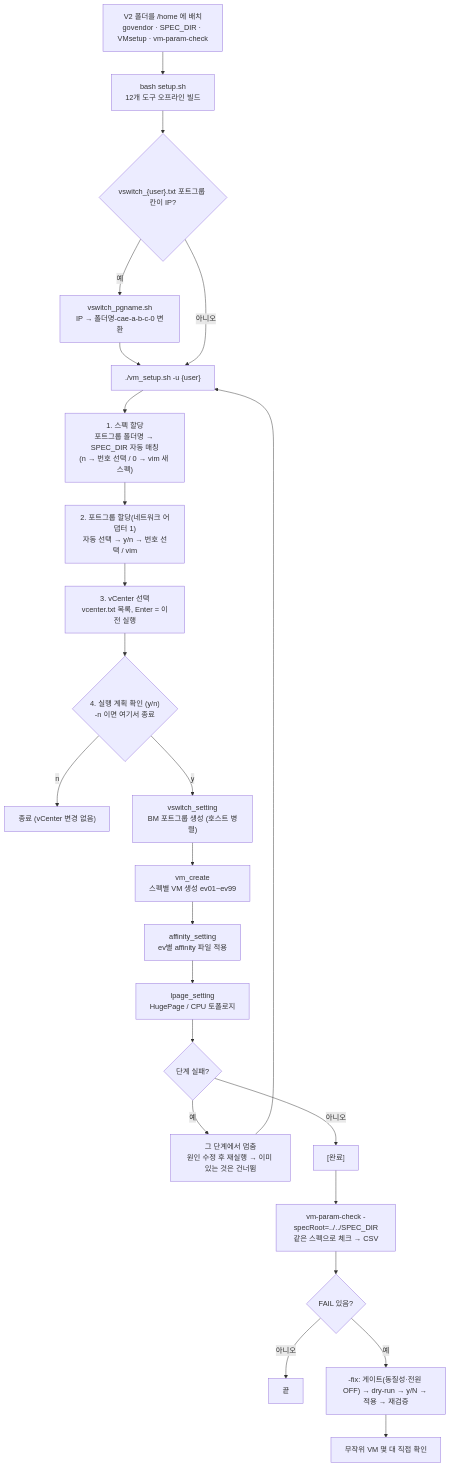
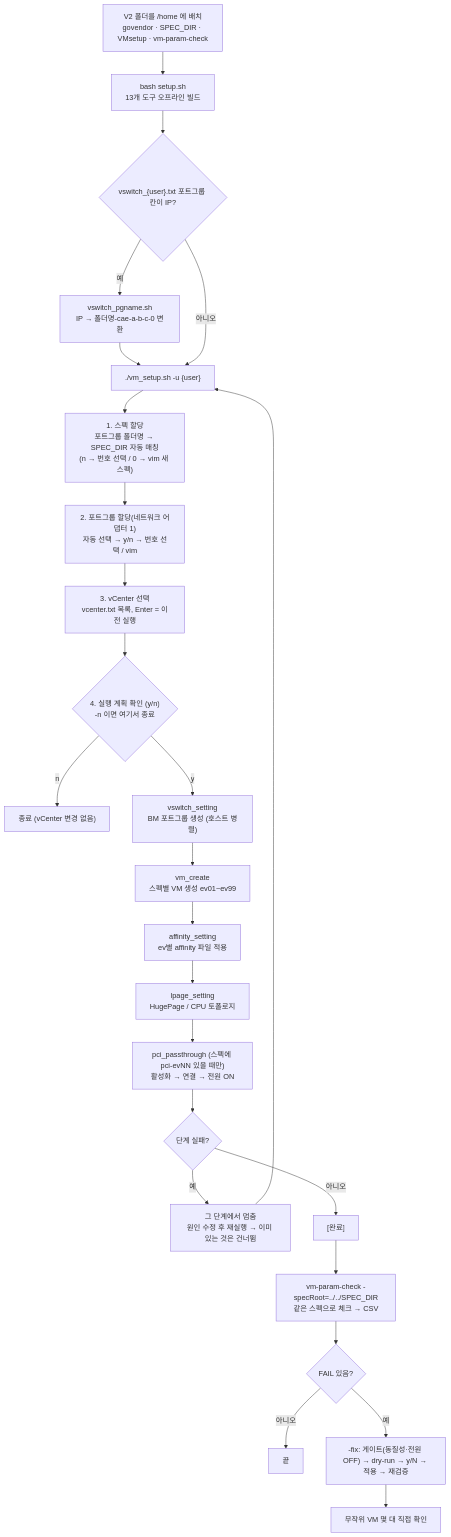
One commit to qazx2675/myrepo changed the diagram in .claude/VM/V2/ARCHITECTURE.md. Above: the diagram before and after it, drawn with Mermaid. The commit also changed other lines of this file and 40 other files, not shown here.

First line of the commit message:
feat(VM/V2): PCI 패스스루 통합 — 활성화·VM 연결·정상 부팅(ESXi SystemId)과 VMsetup pci-evNN 연동

````diff
--- a/.claude/VM/V2/ARCHITECTURE.md
+++ b/.claude/VM/V2/ARCHITECTURE.md
@@ -49,24 +52,25 @@
 ```mermaid
 flowchart TD
-    A["V2 폴더를 /home 에 배치<br/>govendor · SPEC_DIR · VMsetup · vm-param-check"] --> B["bash setup.sh<br/>12개 도구 오프라인 빌드"]
+    A["V2 폴더를 /home 에 배치<br/>govendor · SPEC_DIR · VMsetup · vm-param-check"] --> B["bash setup.sh<br/>13개 도구 오프라인 빌드"]
     B --> C{"vswitch_{user}.txt 포트그룹 칸이 IP?"}
     C -- 예 --> C1["vswitch_pgname.sh<br/>IP → 폴더명-cae-a-b-c-0 변환"] --> D
     C -- 아니오 --> D["./vm_setup.sh -u {user}"]
     D --> E["1. 스펙 할당<br/>포트그룹 폴더명 → SPEC_DIR 자동 매칭<br/>(n → 번호 선택 / 0 → vim 새 스펙)"]
     E --> F["2. 포트그룹 할당(네트워크 어댑터 1)<br/>자동 선택 → y/n → 번호 선택 / vim"]
     F --> G["3. vCenter 선택<br/>vcenter.txt 목록, Enter = 이전 실행"]
     G --> H{"4. 실행 계획 확인 (y/n)<br/>-n 이면 여기서 종료"}
     H -- n --> Z1["종료 (vCenter 변경 없음)"]
     H -- y --> I["vswitch_setting<br/>BM 포트그룹 생성 (호스트 병렬)"]
     I --> J["vm_create<br/>스펙별 VM 생성 ev01~ev99"]
     J --> K["affinity_setting<br/>ev별 affinity 파일 적용"]
     K --> L["lpage_setting<br/>HugePage / CPU 토폴로지"]
-    L --> M{"단계 실패?"}
+    L --> LP["pci_passthrough (스펙에 pci-evNN 있을 때만)<br/>활성화 → 연결 → 전원 ON"]
+    LP --> M{"단계 실패?"}
     M -- 예 --> M1["그 단계에서 멈춤<br/>원인 수정 후 재실행 → 이미 있는 것은 건너뜀"] --> D
     M -- 아니오 --> N["[완료]"]
     N --> O["vm-param-check -specRoot=../../SPEC_DIR<br/>같은 스펙으로 체크 → CSV"]
     O --> P{"FAIL 있음?"}
     P -- 아니오 --> Q["끝"]
     P -- 예 --> R["-fix: 게이트(동질성·전원 OFF) → dry-run → y/N → 적용 → 재검증"]
     R --> S["무작위 VM 몇 대 직접 확인"]
 ```
````
